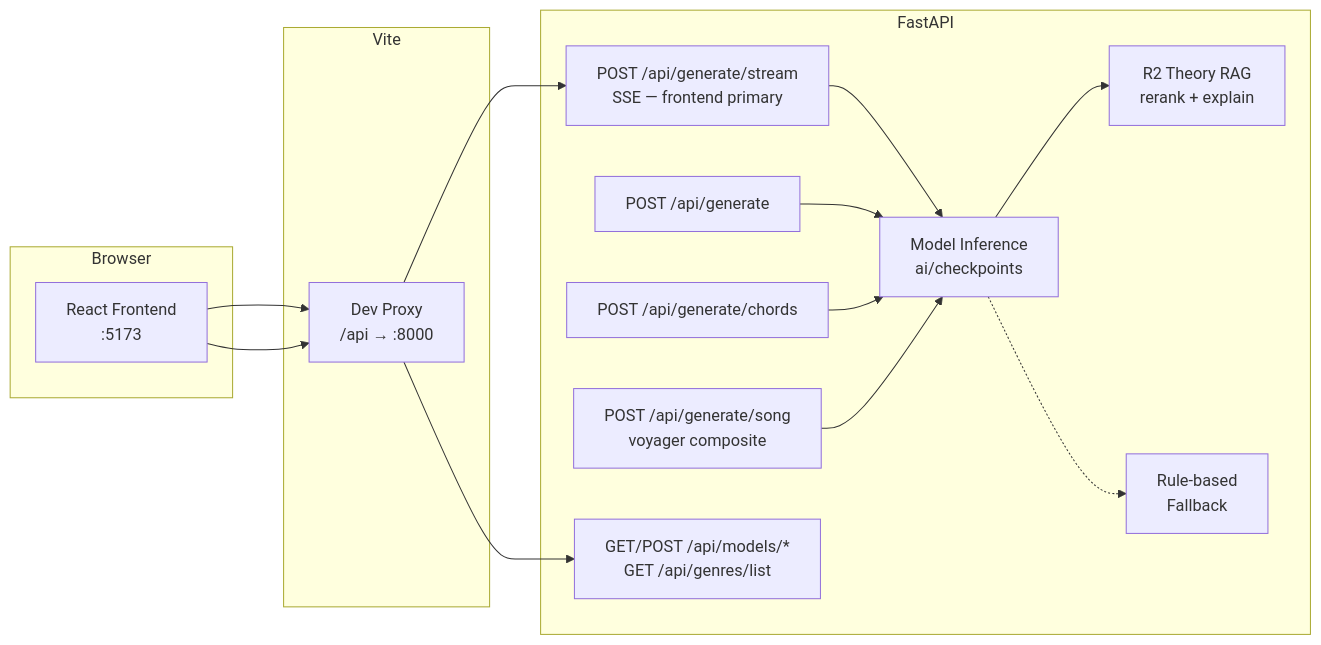
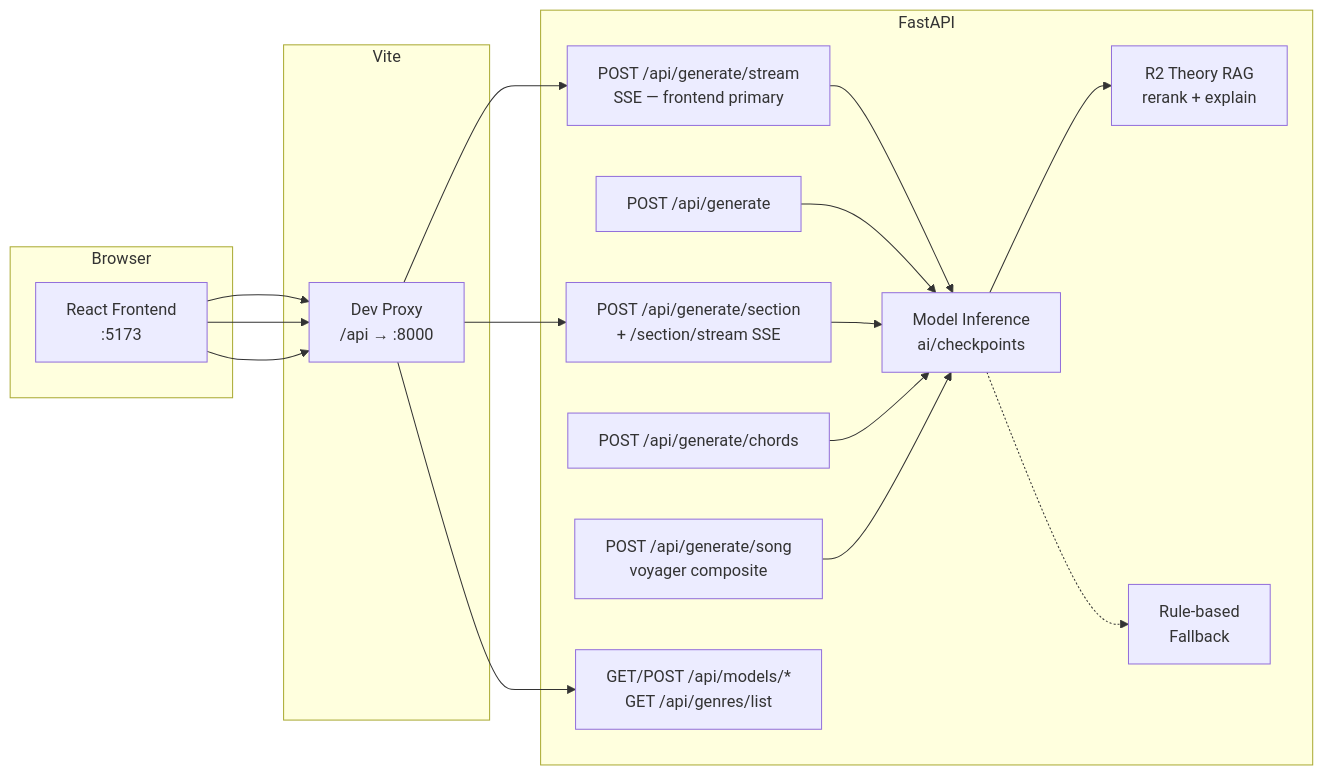
One commit to PearlLeeStudio/TheArtist-DAW changed the first of 2 diagrams in API_SPEC.md. Above: the diagram before and after it, drawn with Mermaid. The commit also changed other lines of this file and 6 other files, not shown here.

First line of the commit message:
feat(backend): add /api/generate/section and generate every requested bar

````diff
--- a/API_SPEC.md
+++ b/API_SPEC.md
@@ -9,28 +9,31 @@
 ```mermaid
 flowchart LR
     subgraph Browser
         FE[React Frontend<br/>:5173]
     end
     subgraph Vite
         VP[Dev Proxy<br/>/api → :8000]
     end
     subgraph FastAPI
         STR[POST /api/generate/stream<br/>SSE — frontend primary]
         GEN[POST /api/generate]
+        SEC[POST /api/generate/section<br/>+ /section/stream SSE]
         CH[POST /api/generate/chords]
         SONG[POST /api/generate/song<br/>voyager composite]
         MOD[GET/POST /api/models/*<br/>GET /api/genres/list]
         MI[Model Inference<br/>ai/checkpoints]
         RAG[R2 Theory RAG<br/>rerank + explain]
         RB[Rule-based<br/>Fallback]
     end
 
     FE --> VP --> STR
+    FE --> VP --> SEC
     FE --> VP --> MOD
     STR --> MI
     GEN --> MI
+    SEC --> MI
     CH --> MI
     SONG --> MI
     MI --> RAG
     MI -.-> RB
 ```
````
